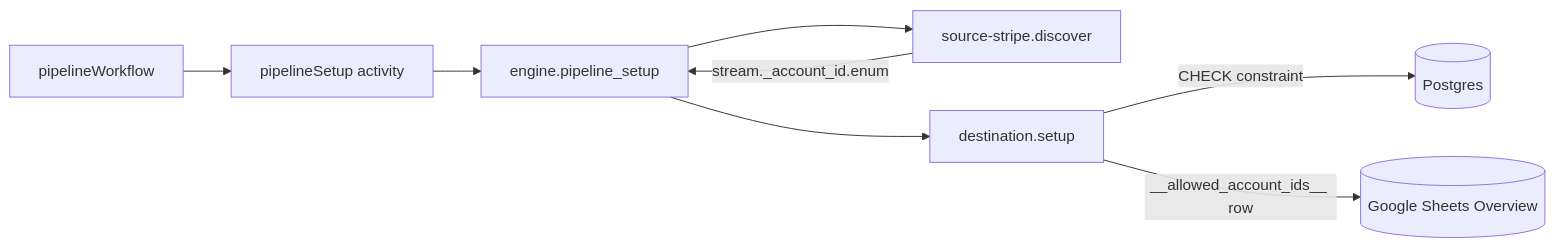
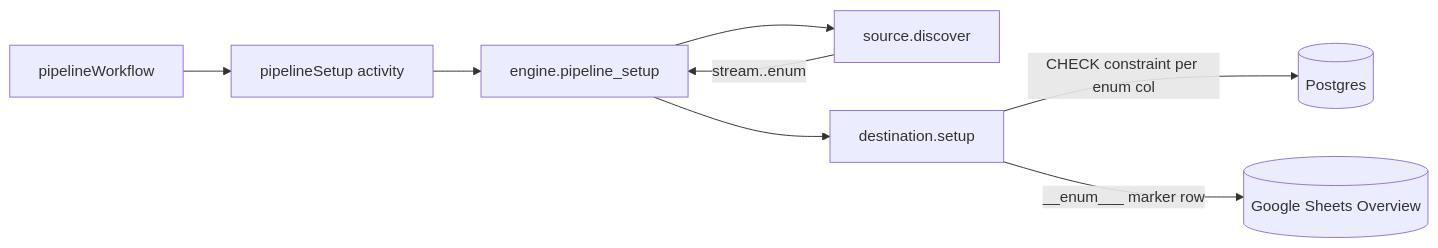
Before and after one commit to stripe-experiments/sync-engine: the diagram in docs/plans/2026-04-26-schema-const-enum-constraints.md, drawn with Mermaid. The commit also changed other lines of this file and 20 other files, not shown here.

First line of the commit message:
generalize enum CHECK constraints: any JSON Schema enum column gets enforced

````diff
--- a/docs/plans/2026-04-26-schema-const-enum-constraints.md
+++ b/docs/plans/2026-04-26-schema-const-enum-constraints.md
@@ -17,15 +19,15 @@
 ```mermaid
 flowchart LR
   WF[pipelineWorkflow]
   PS[pipelineSetup activity]
   ENG[engine.pipeline_setup]
-  SRC[source-stripe.discover]
+  SRC[source.discover]
   DST[destination.setup]
   PG[(Postgres)]
   GS[(Google Sheets Overview)]
 
   WF --> PS --> ENG --> SRC
-  SRC -->|"stream._account_id.enum"| ENG --> DST
-  DST -->|"CHECK constraint"| PG
-  DST -->|"__allowed_account_ids__ row"| GS
+  SRC -->|"stream.<col>.enum"| ENG --> DST
+  DST -->|"CHECK constraint per enum col"| PG
+  DST -->|"__enum_<col>__ marker row"| GS
 ```
````
